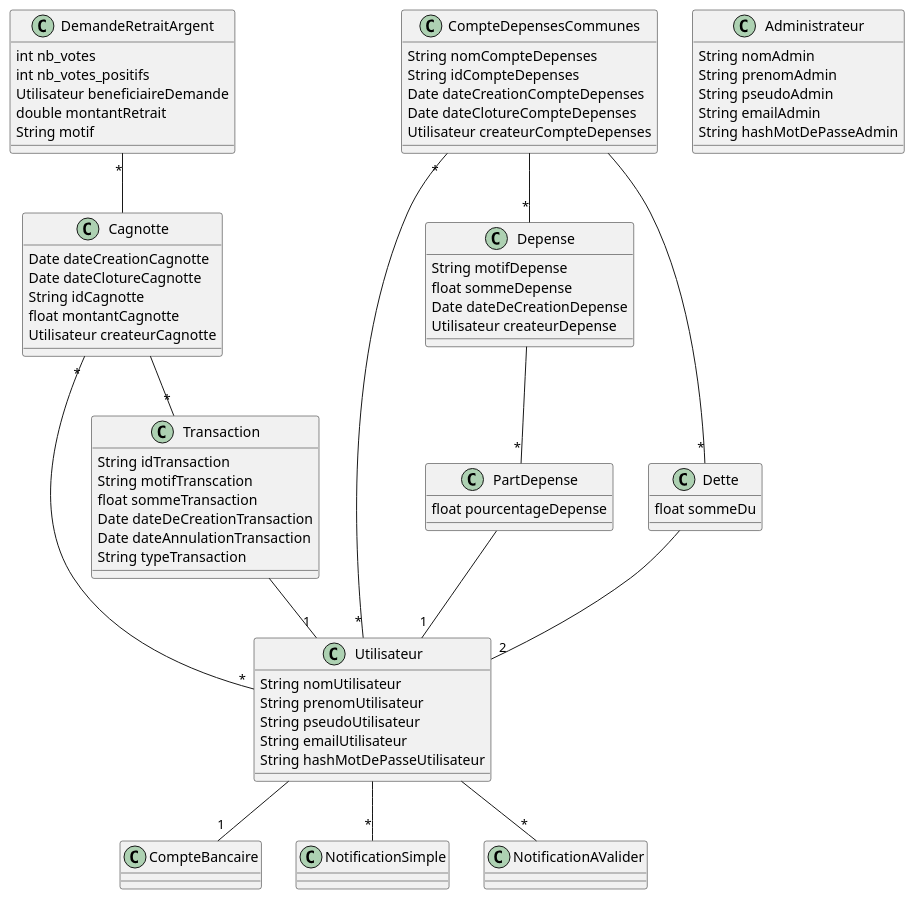
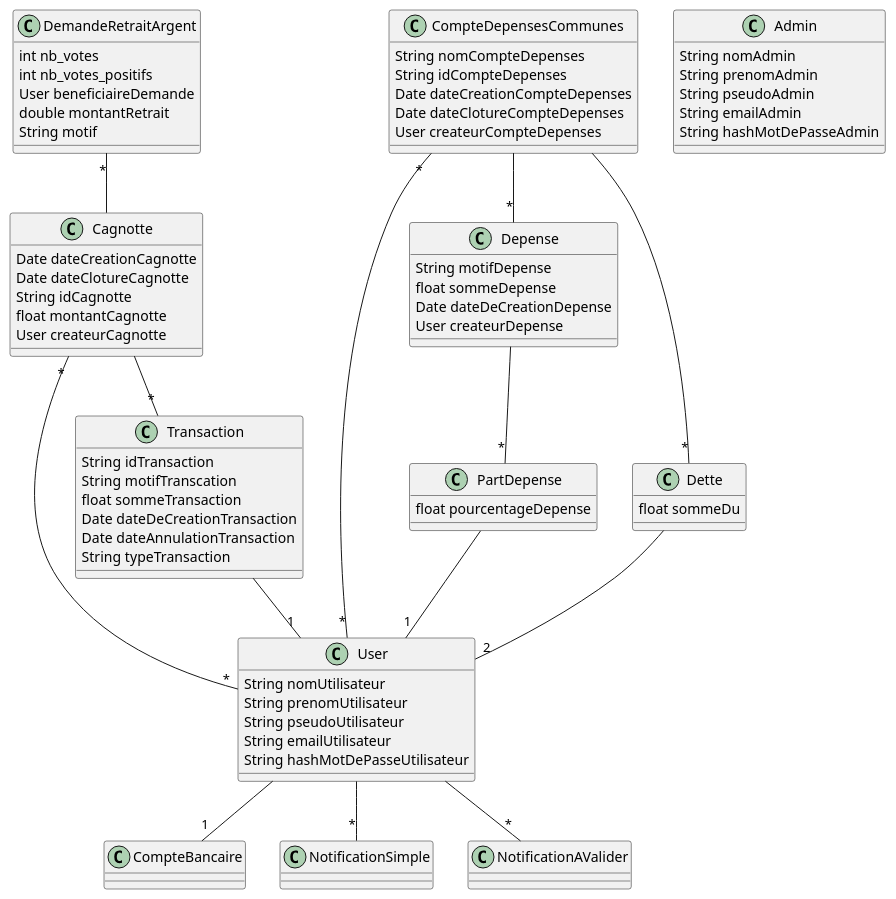
Before and after one commit to lmtb06/sharecount: the diagram in diagrammes/specification/description-donnees/classes.puml, drawn with PlantUML. The commit also changed 5 other files, not shown here.

Commit message:
-Mise à jour du diagramme de sequence de conception creer-compte-utilisateur

```diff
--- a/diagrammes/specification/description-donnees/classes.puml
+++ b/diagrammes/specification/description-donnees/classes.puml
@@ -1,94 +1,94 @@
 @startuml Classes
 
-	class Utilisateur {
+	class User {
 		String nomUtilisateur
 		String prenomUtilisateur
 		String pseudoUtilisateur
 		String emailUtilisateur
 		String hashMotDePasseUtilisateur
 	}
-	Utilisateur --"1" CompteBancaire
-	class Administrateur {
+	User --"1" CompteBancaire
+	class Admin {
 		String nomAdmin
 		String prenomAdmin
 		String pseudoAdmin
 		String emailAdmin
 		String hashMotDePasseAdmin
 	}
 
 	class Cagnotte {
 		Date dateCreationCagnotte
 		Date dateClotureCagnotte
 		String idCagnotte
 		float montantCagnotte
-		Utilisateur createurCagnotte
+		User createurCagnotte
 	}
 
-	Cagnotte "*"--"*" Utilisateur
+	Cagnotte "*"--"*" User
 	Cagnotte --"*" Transaction
 
 	class CompteDepensesCommunes {
 		String nomCompteDepenses
 		String idCompteDepenses
 		Date dateCreationCompteDepenses
 		Date dateClotureCompteDepenses
-		Utilisateur createurCompteDepenses
+		User createurCompteDepenses
 	}
-	CompteDepensesCommunes "*"--"*" Utilisateur
+	CompteDepensesCommunes "*"--"*" User
 	CompteDepensesCommunes --"*" Depense
 	CompteDepensesCommunes --"*" Dette
 
 	class Depense {
 		String motifDepense
 		float sommeDepense
 		Date dateDeCreationDepense
-		Utilisateur createurDepense
+		User createurDepense
 	}
 	Depense --"*" PartDepense
 
 	class PartDepense {
 		float pourcentageDepense
 	}
-	PartDepense --"1" Utilisateur
+	PartDepense --"1" User
 
 	class Dette {
 		float sommeDu
 	}
-	Dette --"2" Utilisateur
+	Dette --"2" User
 
 	class Transaction {
 		String idTransaction
 		String motifTranscation
 		float sommeTransaction
 		Date dateDeCreationTransaction
 		Date dateAnnulationTransaction
 		String typeTransaction
 	}
 
-	Transaction --"1" Utilisateur
+	Transaction --"1" User
 
 	class CompteBancaire {
 
 	}
 
 	class NotificationSimple {
 
 	}
 
 	class NotificationAValider {
 
 	}
 
-	Utilisateur --"*" NotificationAValider
-	Utilisateur --"*" NotificationSimple
+	User --"*" NotificationAValider
+	User --"*" NotificationSimple
 
 	class DemandeRetraitArgent {
 		int nb_votes
 		int nb_votes_positifs
-		Utilisateur beneficiaireDemande
+		User beneficiaireDemande
 		double montantRetrait
 		String motif
 	}
 	DemandeRetraitArgent "*"-- Cagnotte
 
 @enduml
```
